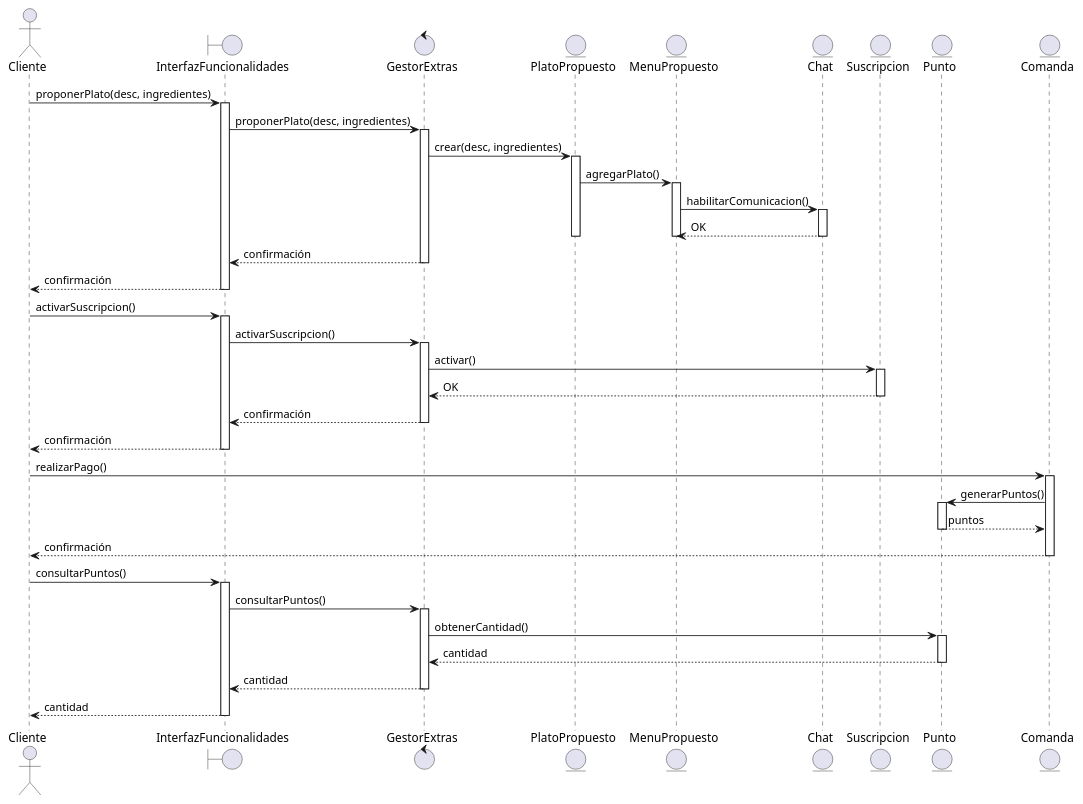
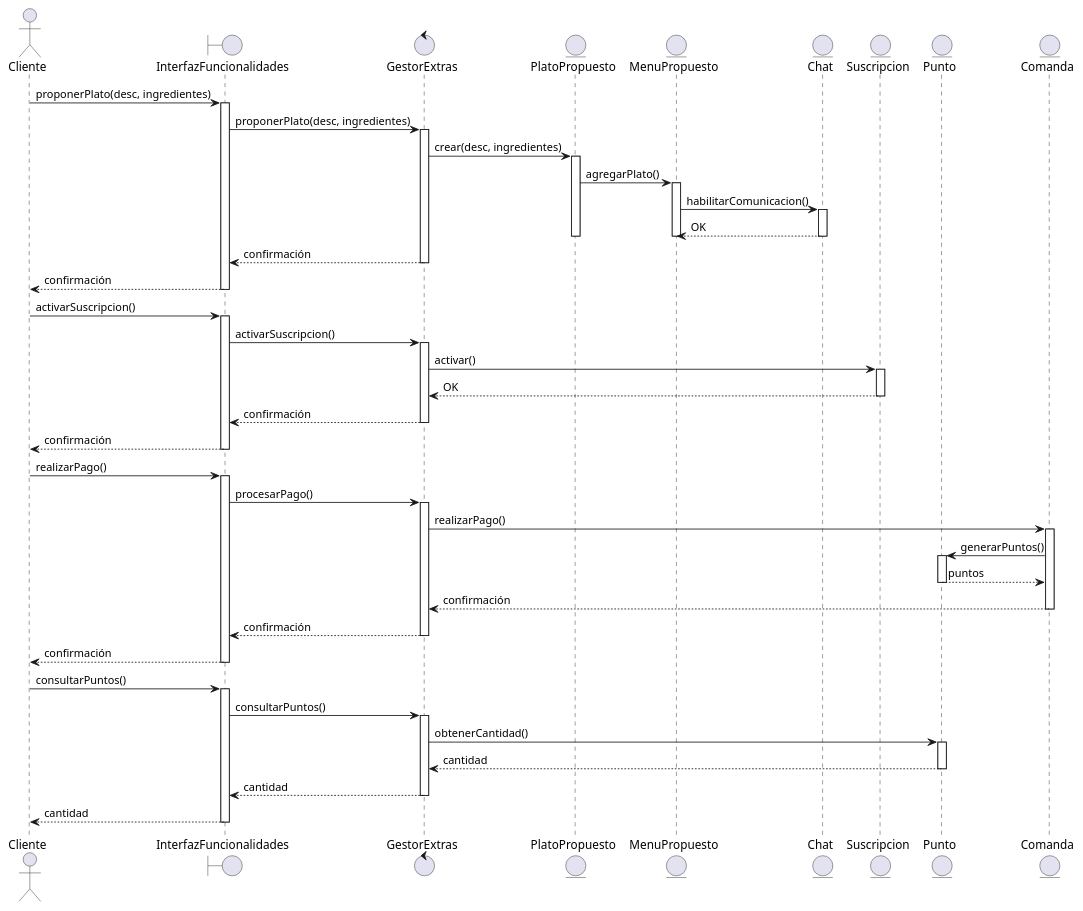
Before and after one commit to dabien3/ES25UAB-511-05: the diagram in documents/Diagramas Secuencia/CodigoUML/bloq6.pUML, drawn with PlantUML. The commit also changed other lines of this file, not shown here.

```diff
--- a/documents/Diagramas Secuencia/CodigoUML/bloq6.pUML
+++ b/documents/Diagramas Secuencia/CodigoUML/bloq6.pUML
@@ -1,67 +1,75 @@
 @startuml
 
 actor Cliente
 boundary InterfazFuncionalidades
 control GestorExtras
 entity PlatoPropuesto
 entity MenuPropuesto
 entity Chat
 entity Suscripcion
 entity Punto
 entity Comanda
 
 Cliente -> InterfazFuncionalidades : proponerPlato(desc, ingredientes)
 activate InterfazFuncionalidades
 InterfazFuncionalidades -> GestorExtras : proponerPlato(desc, ingredientes)
 activate GestorExtras
 GestorExtras -> PlatoPropuesto : crear(desc, ingredientes)
 activate PlatoPropuesto
 PlatoPropuesto -> MenuPropuesto : agregarPlato()
 activate MenuPropuesto
 MenuPropuesto -> Chat : habilitarComunicacion()
 activate Chat
 Chat --> MenuPropuesto : OK
 deactivate Chat
 deactivate MenuPropuesto
 deactivate PlatoPropuesto
 GestorExtras --> InterfazFuncionalidades : confirmación
 deactivate GestorExtras
 InterfazFuncionalidades --> Cliente : confirmación
 deactivate InterfazFuncionalidades
 
 Cliente -> InterfazFuncionalidades : activarSuscripcion()
 activate InterfazFuncionalidades
 InterfazFuncionalidades -> GestorExtras : activarSuscripcion()
 activate GestorExtras
 GestorExtras -> Suscripcion : activar()
 activate Suscripcion
 Suscripcion --> GestorExtras : OK
 deactivate Suscripcion
 GestorExtras --> InterfazFuncionalidades : confirmación
 deactivate GestorExtras
 InterfazFuncionalidades --> Cliente : confirmación
 deactivate InterfazFuncionalidades
 
-Cliente -> Comanda : realizarPago()
+Cliente -> InterfazFuncionalidades : realizarPago()
+activate InterfazFuncionalidades
+InterfazFuncionalidades -> GestorExtras : procesarPago()
+activate GestorExtras
+GestorExtras -> Comanda : realizarPago()
 activate Comanda
 Comanda -> Punto : generarPuntos()
 activate Punto
 Punto --> Comanda : puntos
 deactivate Punto
-Comanda --> Cliente : confirmación
+Comanda --> GestorExtras : confirmación
 deactivate Comanda
+GestorExtras --> InterfazFuncionalidades : confirmación
+deactivate GestorExtras
+InterfazFuncionalidades --> Cliente : confirmación
+deactivate InterfazFuncionalidades
 
 Cliente -> InterfazFuncionalidades : consultarPuntos()
 activate InterfazFuncionalidades
 InterfazFuncionalidades -> GestorExtras : consultarPuntos()
 activate GestorExtras
 GestorExtras -> Punto : obtenerCantidad()
 activate Punto
 Punto --> GestorExtras : cantidad
 deactivate Punto
 GestorExtras --> InterfazFuncionalidades : cantidad
 deactivate GestorExtras
 InterfazFuncionalidades --> Cliente : cantidad
 deactivate InterfazFuncionalidades
 
 @enduml
```
